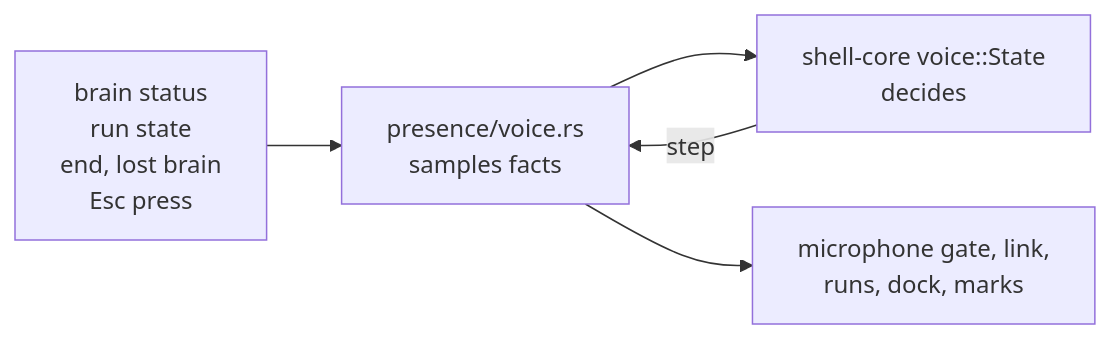
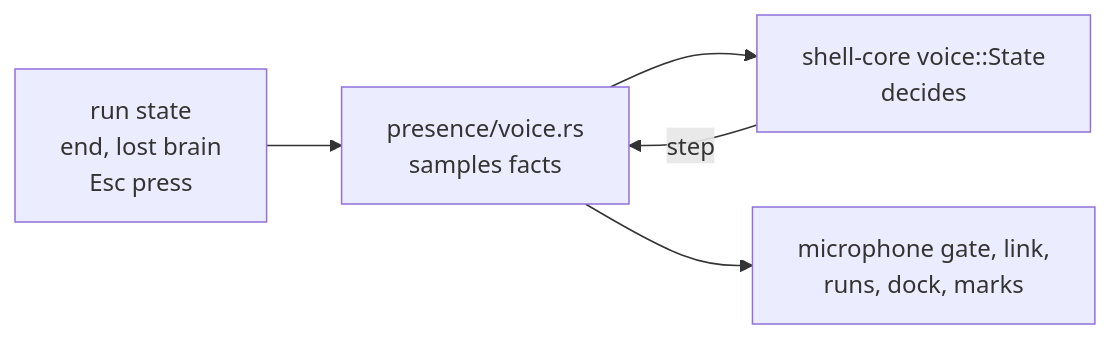
Diagram 11 of 13 in docs/development/voice.md (labcoder/capsula), drawn with Mermaid before and after one commit. The commit also changed other lines of this file and 3 other files, not shown here.

````diff
--- a/docs/development/voice.md
+++ b/docs/development/voice.md
@@ -1084,7 +1084,7 @@
 ```mermaid
 flowchart LR
-  in["brain status<br/>run state<br/>end, lost brain<br/>Esc press"] --> shell["presence/voice.rs<br/>samples facts"]
+  in["run state<br/>end, lost brain<br/>Esc press"] --> shell["presence/voice.rs<br/>samples facts"]
   shell --> core["shell-core voice::State<br/>decides"]
   core -->|"step"| shell
   shell --> apply["microphone gate, link,<br/>runs, dock, marks"]
 ```
````
